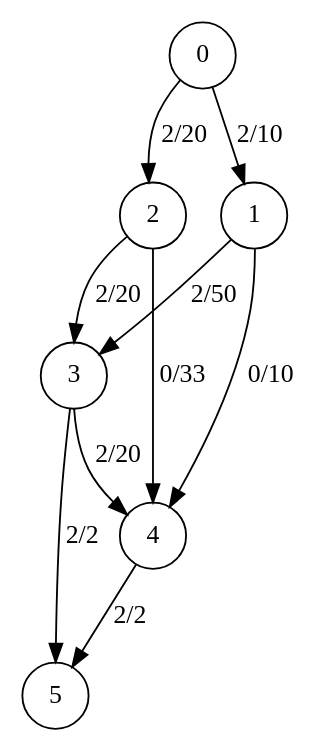
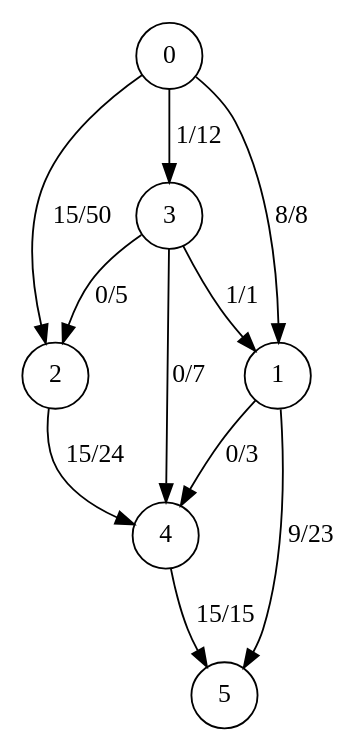
Before and after one commit to jb332/ocaml_project: the diagram in new_graph_dot.gv, drawn with Graphviz. The commit also changed 3 other files, not shown here.

```diff
--- a/new_graph_dot.gv
+++ b/new_graph_dot.gv
@@ -1,13 +1,14 @@
 digraph finite_state_machine { 
 size="8,5"
 node [shape = circle]; 
-4 -> 5 [ label = "2/2"];
-1 -> 4 [ label = "0/10"];
-1 -> 3 [ label = "2/50"];
-0 -> 1 [ label = "2/10"];
-0 -> 2 [ label = "2/20"];
-3 -> 4 [ label = "2/20"];
-3 -> 5 [ label = "2/2"];
-2 -> 4 [ label = "0/33"];
-2 -> 3 [ label = "2/20"];
+4 -> 5 [ label = "15/15"];
+2 -> 4 [ label = "15/24"];
+3 -> 4 [ label = "0/7"];
+3 -> 2 [ label = "0/5"];
+3 -> 1 [ label = "1/1"];
+1 -> 4 [ label = "0/3"];
+1 -> 5 [ label = "9/23"];
+0 -> 2 [ label = "15/50"];
+0 -> 3 [ label = "1/12"];
+0 -> 1 [ label = "8/8"];
 }
```
